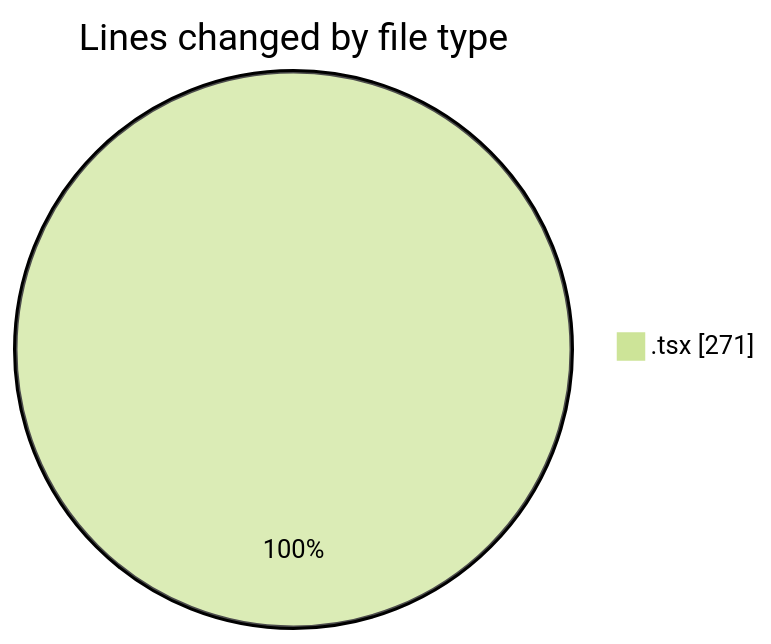
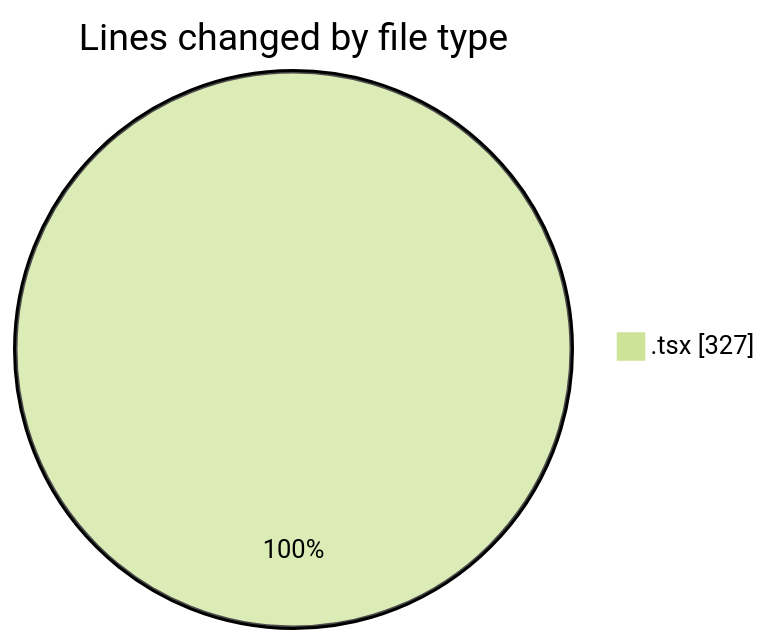
Before and after one commit to nxtqubesakshisongat/code-tracking: the first of 2 diagrams in 2026-04-17/airfeed-analytics-dashboard/README.md, drawn with Mermaid (forest theme). The commit also changed other lines of this file and 1 other file, not shown here.

````diff
--- a/2026-04-17/airfeed-analytics-dashboard/README.md
+++ b/2026-04-17/airfeed-analytics-dashboard/README.md
@@ -20,5 +21,5 @@
 ```mermaid
 pie showData
 title Lines changed by file type
-".tsx" : 271
+".tsx" : 327
 ```
````
